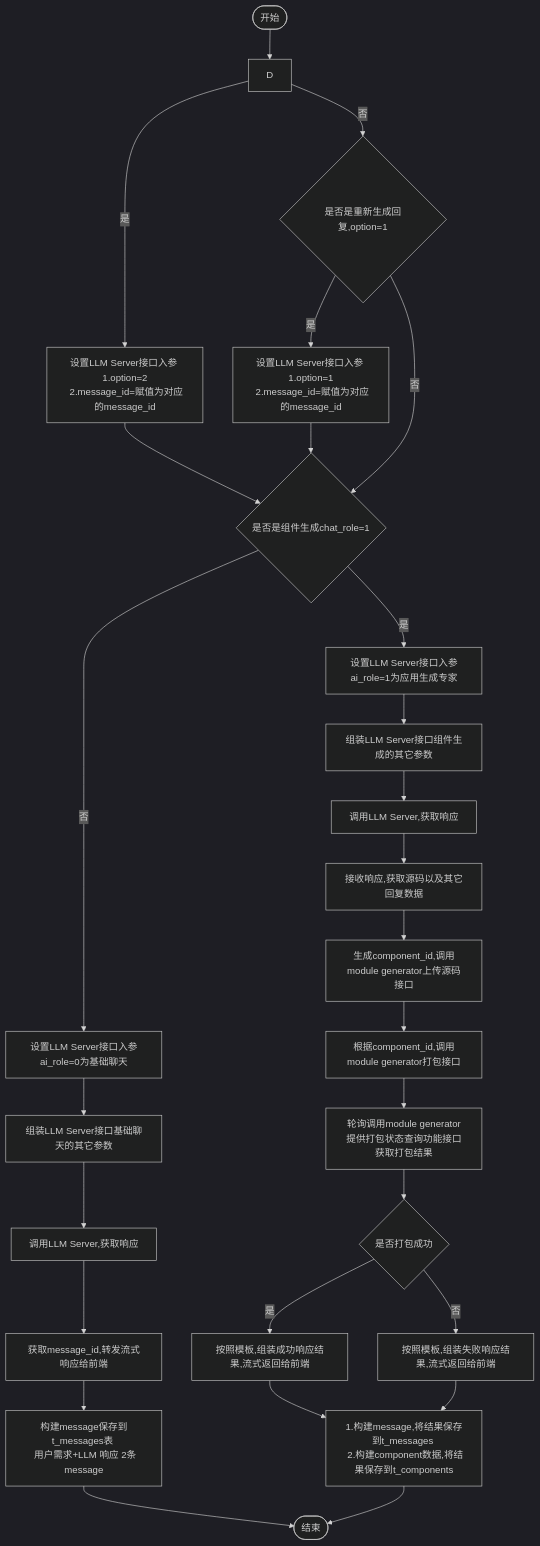
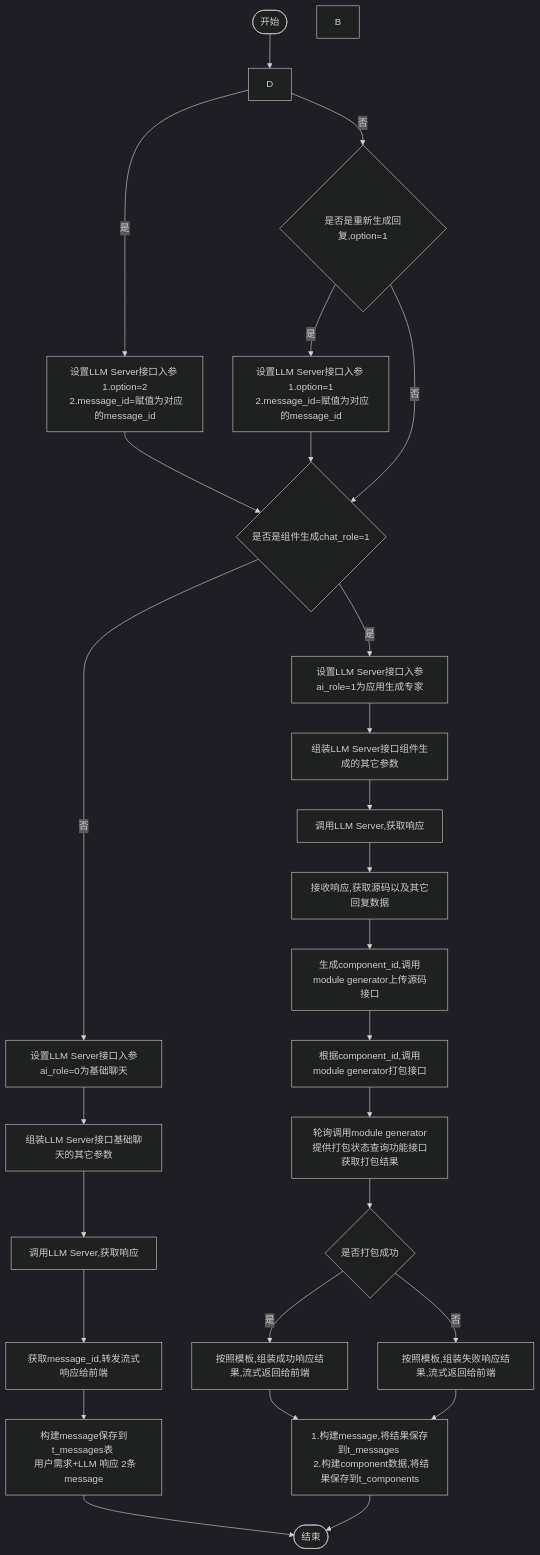
Before and after one commit to yingjianzh/iodraw-files: the diagram in all/w3-会话-不需要传递message.md, drawn with Mermaid (dark theme).

Commit message:
2024-10-15 14:15:31 update

````diff
--- a/all/w3-会话-不需要传递message.md
+++ b/all/w3-会话-不需要传递message.md
@@ -1,34 +1,34 @@
 ```mermaid
 flowchart TD
     A([开始]) --> D
-    
+    B 
     D -- 是 --> E[设置LLM Server接口入参 \n 1.option=2 \n 2.message_id=赋值为对应的message_id]
     D -- 否 --> F{是否是重新生成回复,option=1}
     F -- 是 --> G[设置LLM Server接口入参 \n 1.option=1 \n 2.message_id=赋值为对应的message_id]
     F -- 否 --> I
      
     E & G --> I{是否是组件生成chat_role=1}
     I -- 否 --> K[设置LLM Server接口入参ai_role=0为基础聊天]
     I -- 是 --> J[设置LLM Server接口入参ai_role=1为应用生成专家]
     
 
     J --> L[组装LLM Server接口组件生成的其它参数]    
     K --> M[组装LLM Server接口基础聊天的其它参数]    
     M --> N[调用LLM Server,获取响应]    
     N --> O[获取message_id,转发流式响应给前端]
     O --> P[构建message保存到t_messages表 \n 用户需求+LLM 响应 2条message]
     P --> R([结束])
 
 
     L --> S[调用LLM Server,获取响应]
     S --> T[接收响应,获取源码以及其它回复数据]
     T --> U[生成component_id,调用module generator上传源码接口]
     U --> V[根据component_id,调用module generator打包接口]
     V --> W[轮询调用module generator提供打包状态查询功能接口获取打包结果]
     W --> X{是否打包成功}
     X -- 是 --> Y[按照模板,组装成功响应结果,流式返回给前端]
     X -- 否 --> Z[按照模板,组装失败响应结果,流式返回给前端]
 
     Y & Z --> Result[1.构建message,将结果保存到t_messages \n 2.构建component数据,将结果保存到t_components]
     Result --> R
 ```
````
